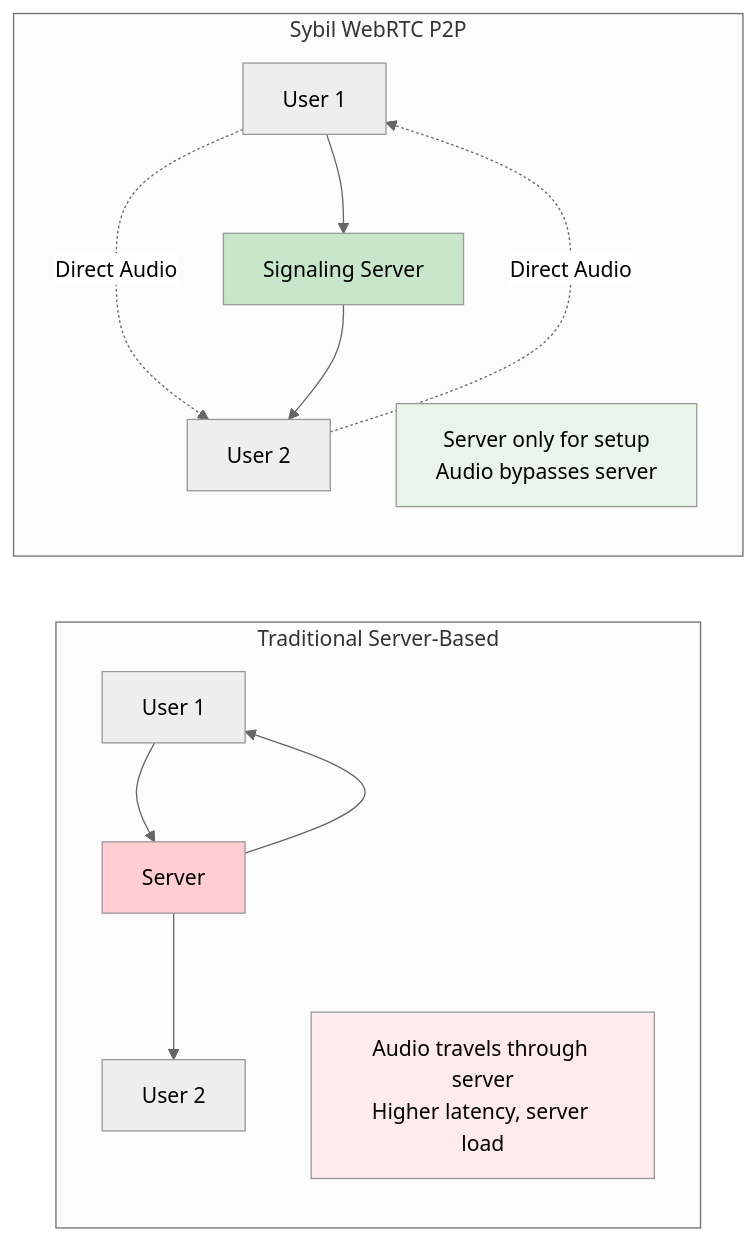
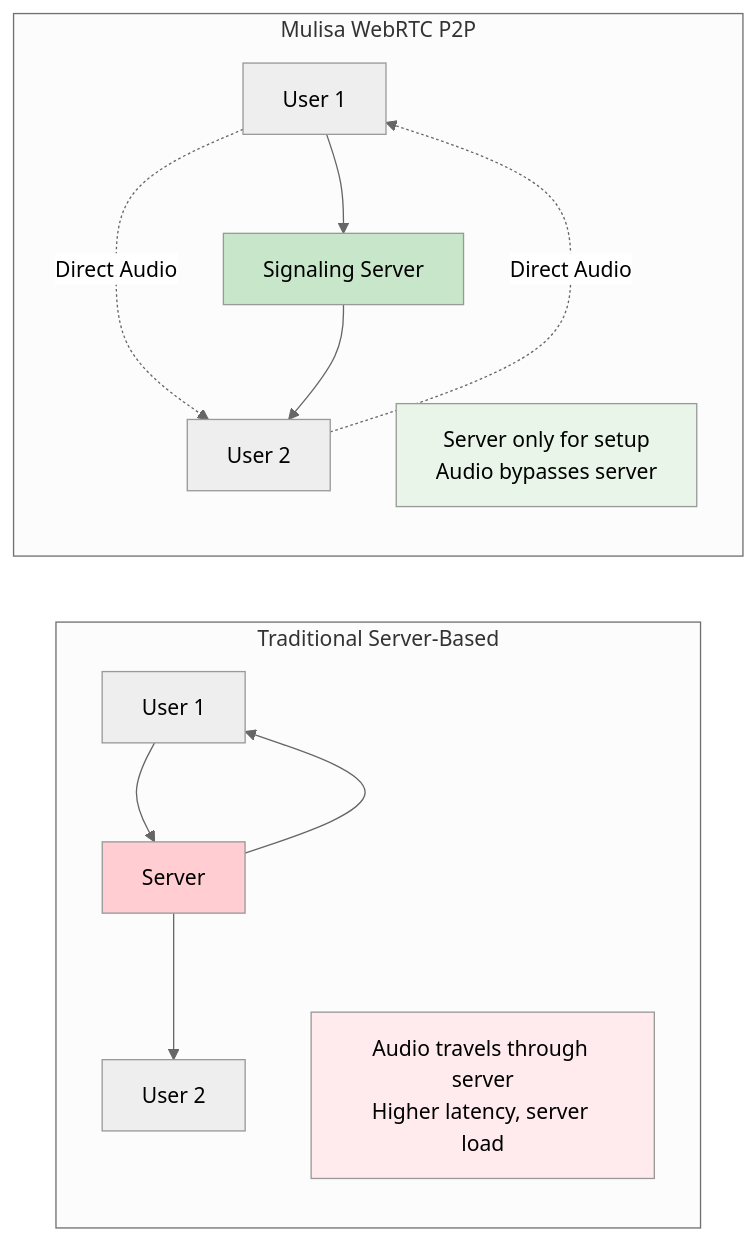
One commit to AllardQuek/AI-Concierge changed the fourth of 5 diagrams in docs/architecture-diagrams.md. Above: the diagram before and after it, drawn with Mermaid (neutral theme). The commit also changed other lines of this file and 43 other files, not shown here.

````diff
--- a/docs/architecture-diagrams.md
+++ b/docs/architecture-diagrams.md
@@ -112,21 +112,21 @@
 ```mermaid
 graph LR
     subgraph "Traditional Server-Based"
         U1A[User 1] --> SA[Server] --> U2A[User 2]
         SA --> U1A
         note1[Audio travels through server<br/>Higher latency, server load]
     end
     
-    subgraph "Sybil WebRTC P2P"
+    subgraph "Mulisa WebRTC P2P"
         U1B[User 1] -.->|Direct Audio| U2B[User 2]
         U1B --> SB[Signaling Server]
         SB --> U2B
         U2B -.->|Direct Audio| U1B
         note2[Server only for setup<br/>Audio bypasses server]
     end
     
     style SA fill:#ffcdd2
     style SB fill:#c8e6c9
     style note1 fill:#ffebee
     style note2 fill:#e8f5e8
 ```
````
